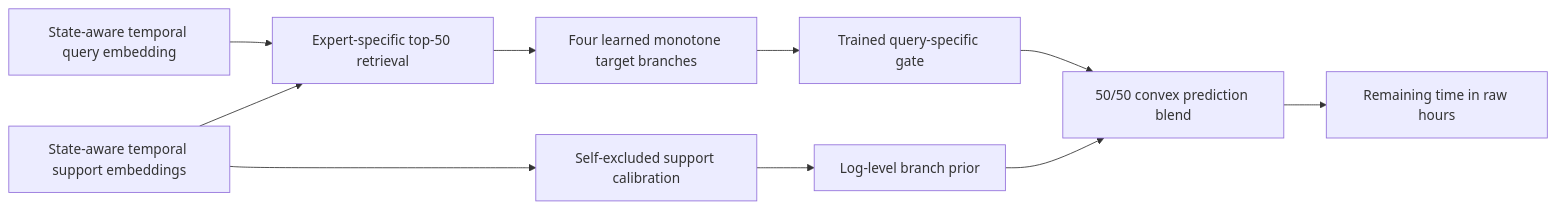
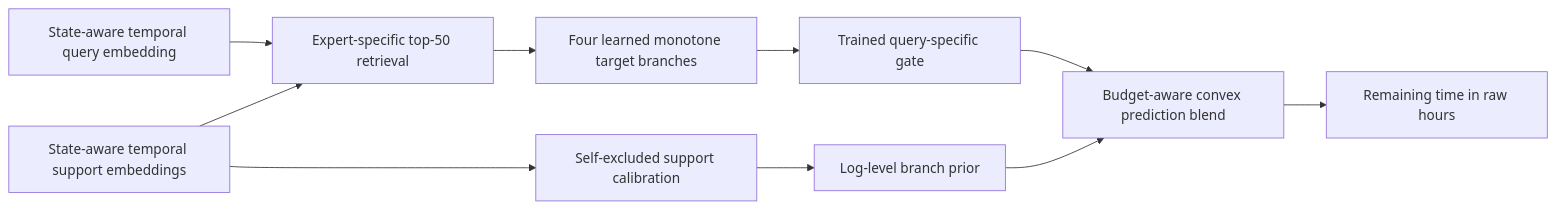
One commit to fit-alessandro-berti/events-transf3 changed the second of 2 diagrams in paper_docs/fmv3_architecture_changes.md. Above: the diagram before and after it, drawn with Mermaid. The commit also changed other lines of this file and 79 other files, not shown here.

Commit message:
Promote budget-aware regression calibration

````diff
--- a/paper_docs/fmv3_architecture_changes.md
+++ b/paper_docs/fmv3_architecture_changes.md
@@ -120,12 +120,12 @@
 ```mermaid
 flowchart LR
     Q[State-aware temporal query embedding] --> R[Expert-specific top-50 retrieval]
     S[State-aware temporal support embeddings] --> R
     R --> B[Four learned monotone target branches]
     B --> D[Trained query-specific gate]
     S --> C[Self-excluded support calibration]
     C --> P[Log-level branch prior]
-    D --> M[50/50 convex prediction blend]
+    D --> M[Budget-aware convex prediction blend]
     P --> M
     M --> H[Remaining time in raw hours]
 ```
````
